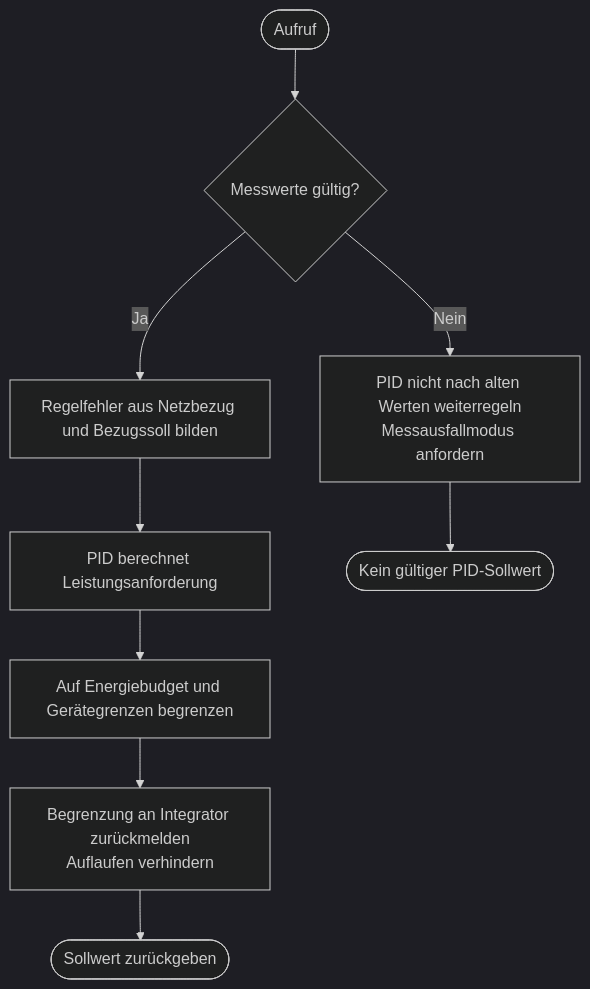
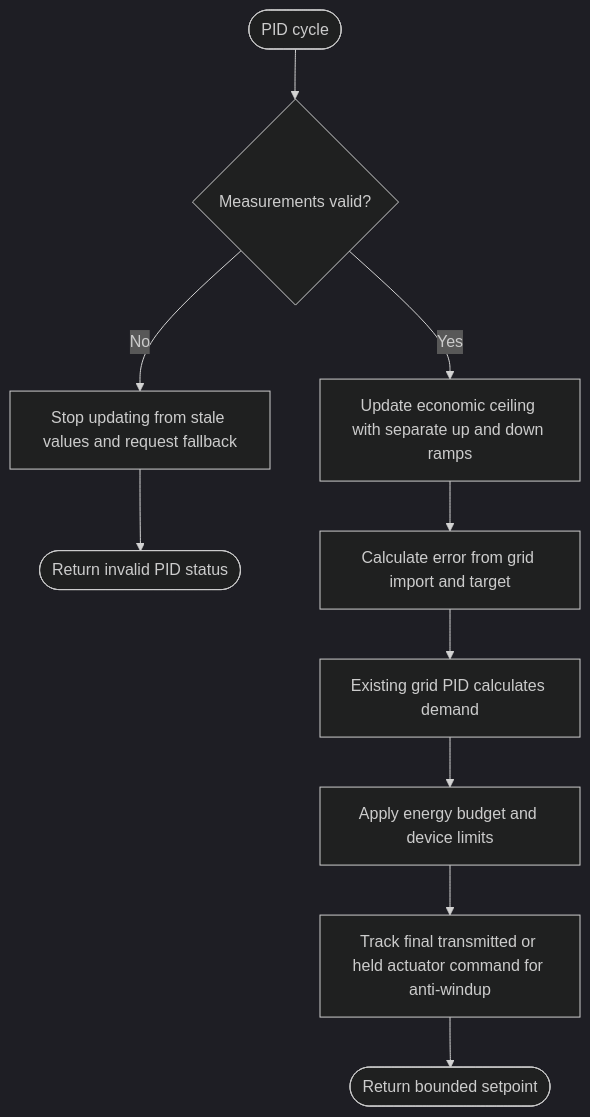
The diagram in docs/regelungsplannung/07-netz-pid.md (vitalyruhl/SolarBatteryTelemetry), drawn with Mermaid (dark theme) before and after one commit. The commit also changed other lines of this file and 13 other files, not shown here.

````diff
--- a/docs/regelungsplannung/07-netz-pid.md
+++ b/docs/regelungsplannung/07-netz-pid.md
@@ -16,11 +18,12 @@
 ```mermaid
 flowchart TD
-    A([Aufruf]) --> B{Messwerte gültig?}
-    B -- Nein --> C[PID nicht nach alten Werten weiterregeln<br/>Messausfallmodus anfordern]
-    B -- Ja --> D[Regelfehler aus Netzbezug und Bezugssoll bilden]
-    D --> E[PID berechnet Leistungsanforderung]
-    E --> F[Auf Energiebudget und Gerätegrenzen begrenzen]
-    F --> G[Begrenzung an Integrator zurückmelden<br/>Auflaufen verhindern]
-    G --> H([Sollwert zurückgeben])
-    C --> I([Kein gültiger PID-Sollwert])
+ A([PID cycle]) --> B{Measurements valid?}
+ B -- No --> C[Stop updating from stale values and request fallback]
+ C --> I([Return invalid PID status])
+ B -- Yes --> CAP[Update economic ceiling with separate up and down ramps]
+ CAP --> D[Calculate error from grid import and target]
+ D --> E[Existing grid PID calculates demand]
+ E --> F[Apply energy budget and device limits]
+ F --> G[Track final transmitted or held actuator command for anti-windup]
+ G --> H([Return bounded setpoint])
 ```
````
